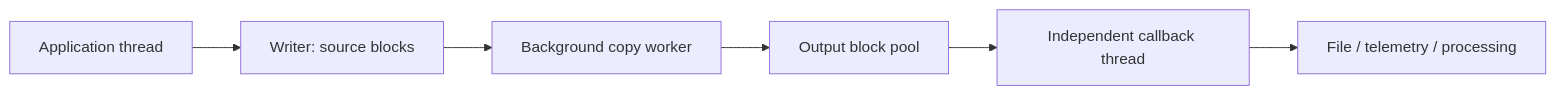
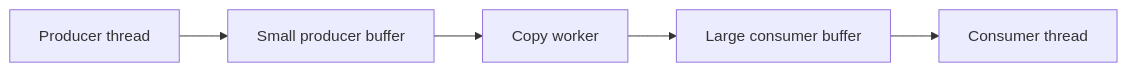
The second of 3 diagrams in README.md (xiyang1314/TwoBufQueue), drawn with Mermaid before and after one commit. The commit also changed other lines of this file and 112 other files, not shown here.

````diff
--- a/README.md
+++ b/README.md
@@ -13,8 +126,7 @@
 ```mermaid
 flowchart LR
-    A[Application thread] --> B[Writer: source blocks]
-    B --> C[Background copy worker]
-    C --> D[Output block pool]
-    D --> E[Independent callback thread]
-    E --> F[File / telemetry / processing]
+    A[Producer thread] --> B[Small producer buffer]
+    B --> C[Copy worker]
+    C --> D[Large consumer buffer]
+    D --> E[Consumer thread]
 ```
````
